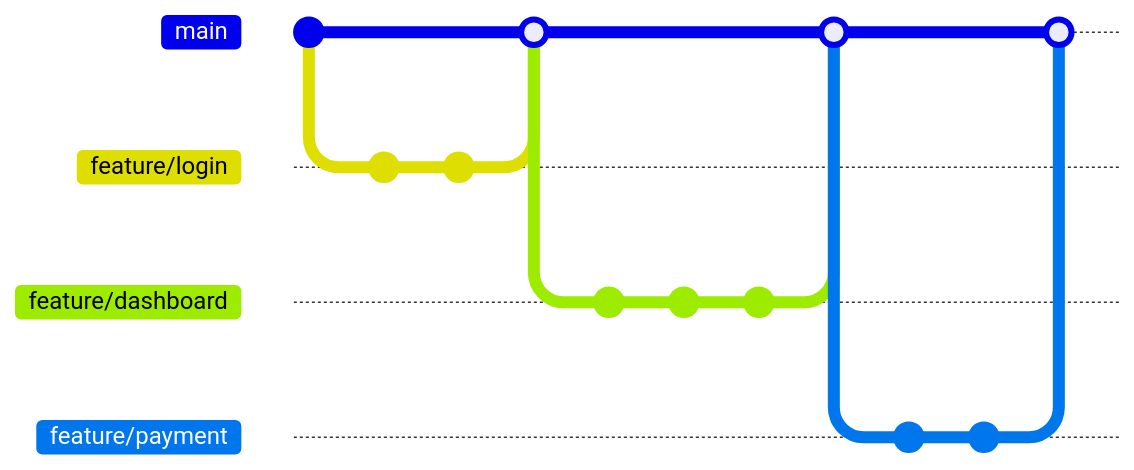
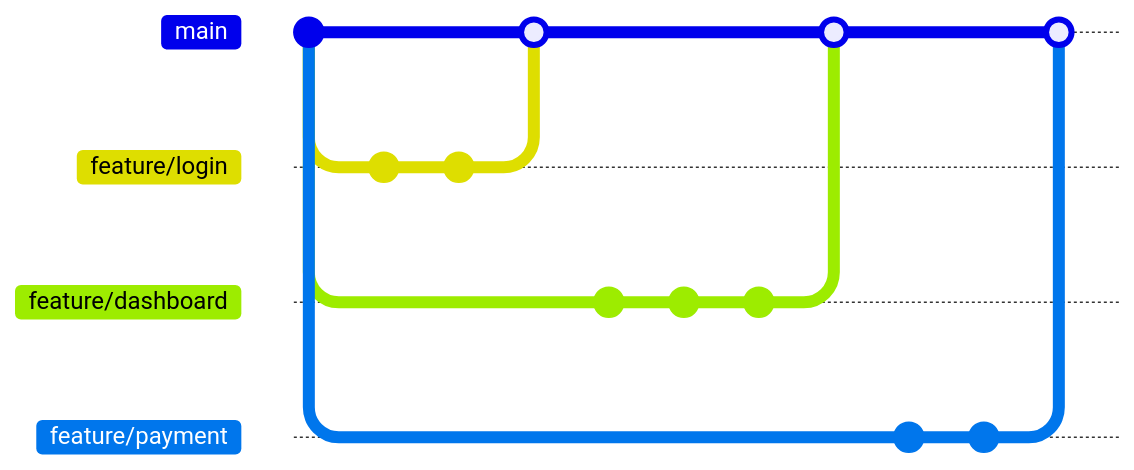
The diagram in branch_bender/README.md (git-mastery/exercises), drawn with Mermaid before and after one commit. Commit ids are hidden.

Commit message:
[branch-bender] Fix Git diagram

````diff
--- a/branch_bender/README.md
+++ b/branch_bender/README.md
@@ -25,20 +25,25 @@
 ```mermaid
 gitGraph
 commit
 branch feature/login
+checkout main
+branch feature/dashboard
+checkout main
+branch feature/payment
+checkout feature/login
 commit
 commit
 checkout main
 merge feature/login
-branch feature/dashboard
+checkout feature/dashboard
 commit
 commit 
 commit
 checkout main
 merge feature/dashboard
-branch feature/payment
+checkout feature/payment
 commit
 commit
 checkout main
 merge feature/payment
 ```
````
